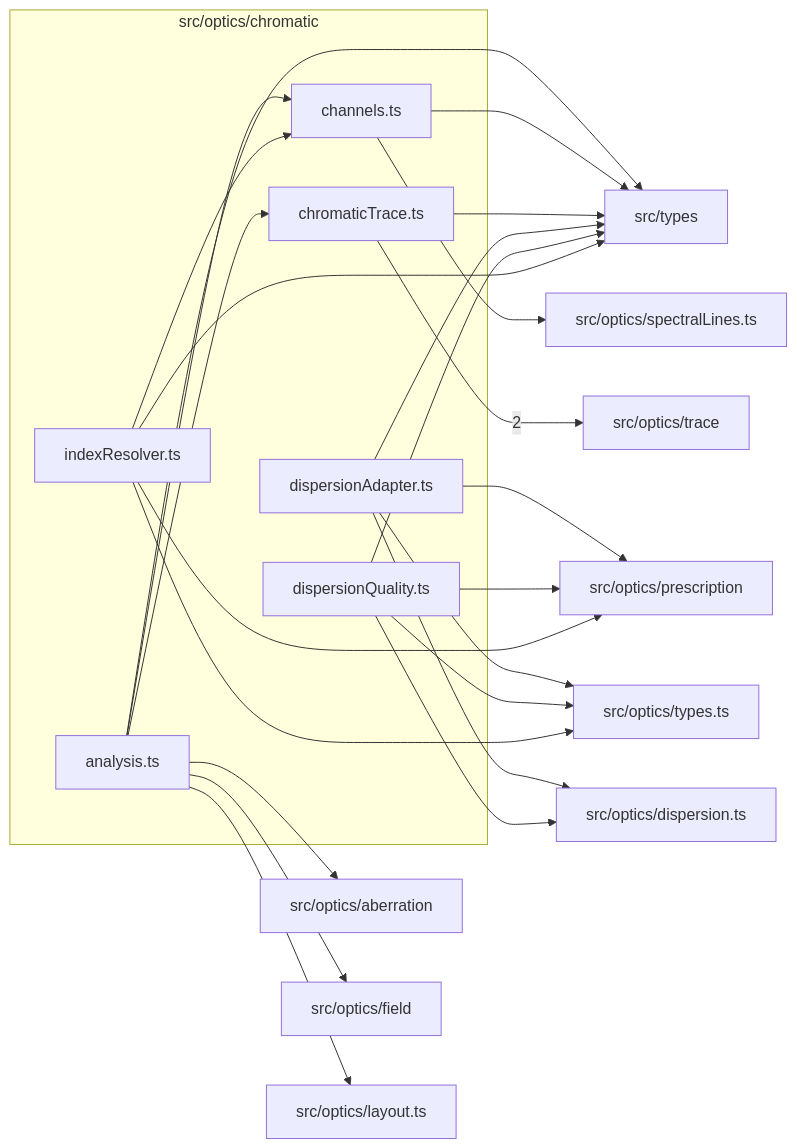
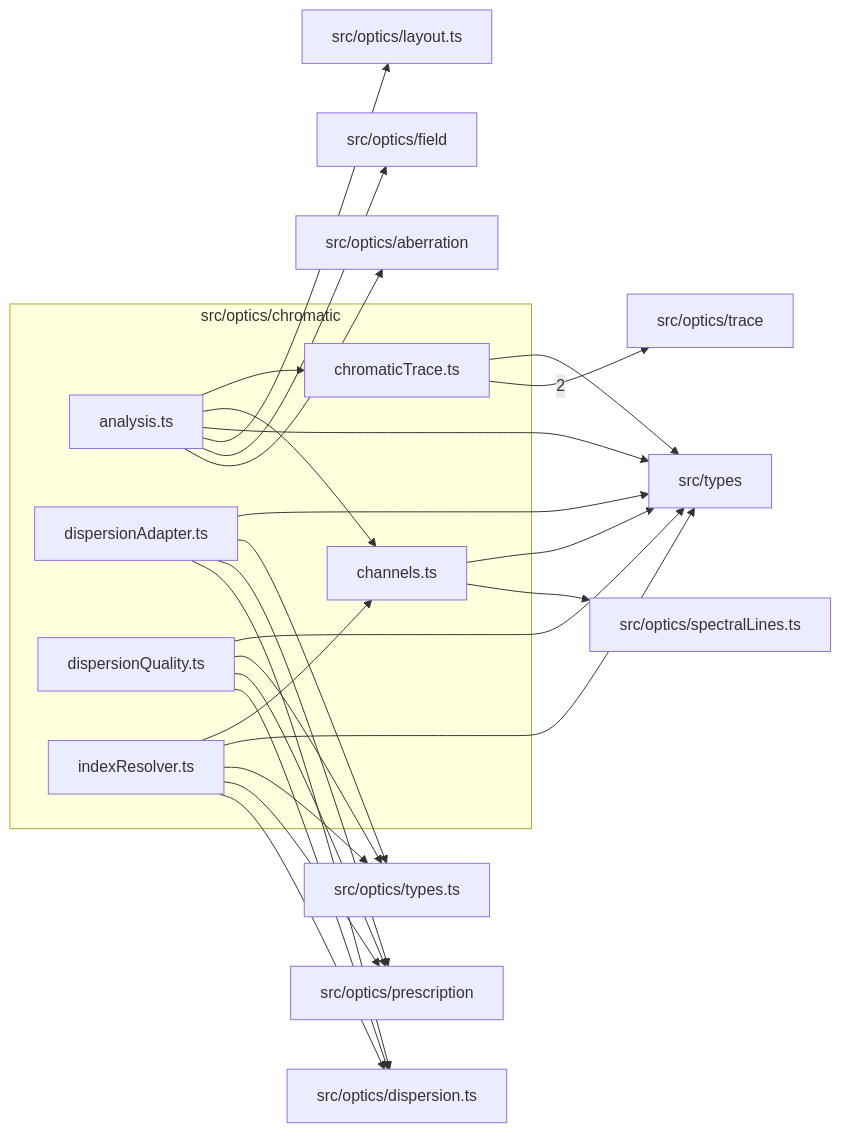
One commit to ronbuening/LensVisualizer changed the diagram in src/optics/chromatic/readme.md. Above: the diagram before and after it, drawn with Mermaid. The commit also changed other lines of this file and 9 other files, not shown here.

````diff
--- a/src/optics/chromatic/readme.md
+++ b/src/optics/chromatic/readme.md
@@ -9,42 +9,43 @@
 ```mermaid
 flowchart LR
   subgraph n_src_optics_chromatic["src/optics/chromatic"]
     n_src_optics_chromatic_src_optics_chromatic_analysis_ts["analysis.ts"]
     n_src_optics_chromatic_src_optics_chromatic_channels_ts["channels.ts"]
     n_src_optics_chromatic_src_optics_chromatic_chromaticTrace_ts["chromaticTrace.ts"]
     n_src_optics_chromatic_src_optics_chromatic_dispersionAdapter_ts["dispersionAdapter.ts"]
     n_src_optics_chromatic_src_optics_chromatic_dispersionQuality_ts["dispersionQuality.ts"]
     n_src_optics_chromatic_src_optics_chromatic_indexResolver_ts["indexResolver.ts"]
   end
   n_external_src_optics_trace["src/optics/trace"]
   n_external_src_optics_aberration["src/optics/aberration"]
   n_external_src_optics_dispersion_ts["src/optics/dispersion.ts"]
   n_external_src_optics_field["src/optics/field"]
   n_external_src_optics_layout_ts["src/optics/layout.ts"]
   n_external_src_optics_prescription["src/optics/prescription"]
   n_external_src_optics_spectralLines_ts["src/optics/spectralLines.ts"]
   n_external_src_optics_types_ts["src/optics/types.ts"]
   n_external_src_types["src/types"]
   n_src_optics_chromatic_src_optics_chromatic_chromaticTrace_ts --> |2| n_external_src_optics_trace
   n_src_optics_chromatic_src_optics_chromatic_analysis_ts --> n_external_src_optics_aberration
   n_src_optics_chromatic_src_optics_chromatic_dispersionAdapter_ts --> n_external_src_optics_dispersion_ts
   n_src_optics_chromatic_src_optics_chromatic_dispersionQuality_ts --> n_external_src_optics_dispersion_ts
+  n_src_optics_chromatic_src_optics_chromatic_indexResolver_ts --> n_external_src_optics_dispersion_ts
   n_src_optics_chromatic_src_optics_chromatic_analysis_ts --> n_external_src_optics_field
   n_src_optics_chromatic_src_optics_chromatic_analysis_ts --> n_external_src_optics_layout_ts
   n_src_optics_chromatic_src_optics_chromatic_dispersionAdapter_ts --> n_external_src_optics_prescription
   n_src_optics_chromatic_src_optics_chromatic_dispersionQuality_ts --> n_external_src_optics_prescription
   n_src_optics_chromatic_src_optics_chromatic_indexResolver_ts --> n_external_src_optics_prescription
   n_src_optics_chromatic_src_optics_chromatic_channels_ts --> n_external_src_optics_spectralLines_ts
   n_src_optics_chromatic_src_optics_chromatic_dispersionAdapter_ts --> n_external_src_optics_types_ts
   n_src_optics_chromatic_src_optics_chromatic_dispersionQuality_ts --> n_external_src_optics_types_ts
   n_src_optics_chromatic_src_optics_chromatic_indexResolver_ts --> n_external_src_optics_types_ts
   n_src_optics_chromatic_src_optics_chromatic_analysis_ts --> n_external_src_types
   n_src_optics_chromatic_src_optics_chromatic_channels_ts --> n_external_src_types
   n_src_optics_chromatic_src_optics_chromatic_chromaticTrace_ts --> n_external_src_types
   n_src_optics_chromatic_src_optics_chromatic_dispersionAdapter_ts --> n_external_src_types
   n_src_optics_chromatic_src_optics_chromatic_dispersionQuality_ts --> n_external_src_types
   n_src_optics_chromatic_src_optics_chromatic_indexResolver_ts --> n_external_src_types
   n_src_optics_chromatic_src_optics_chromatic_analysis_ts --> n_src_optics_chromatic_src_optics_chromatic_channels_ts
   n_src_optics_chromatic_src_optics_chromatic_indexResolver_ts --> n_src_optics_chromatic_src_optics_chromatic_channels_ts
   n_src_optics_chromatic_src_optics_chromatic_analysis_ts --> n_src_optics_chromatic_src_optics_chromatic_chromaticTrace_ts
 ```
````
